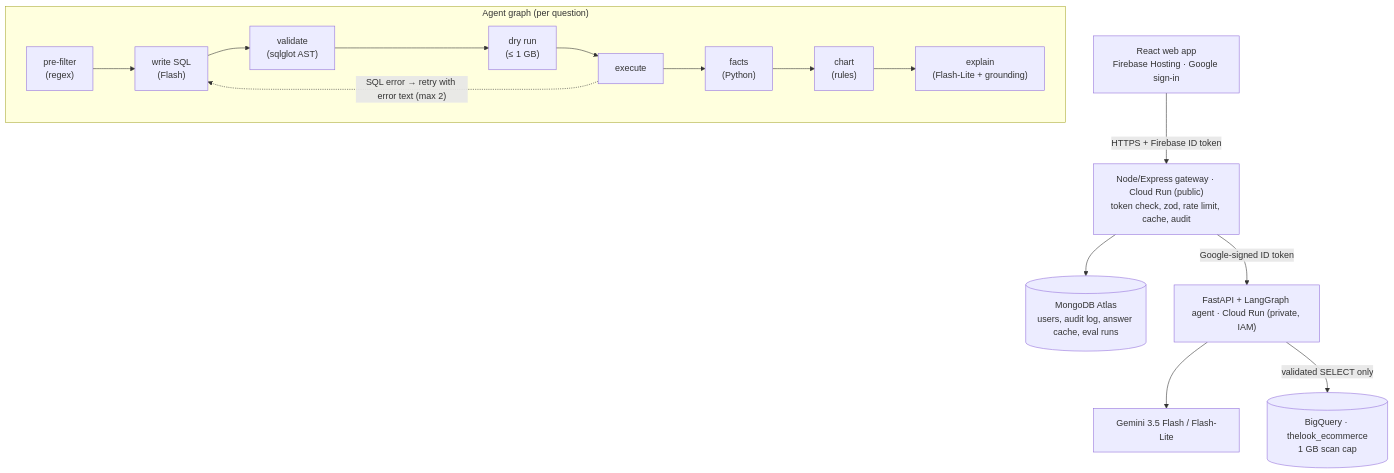
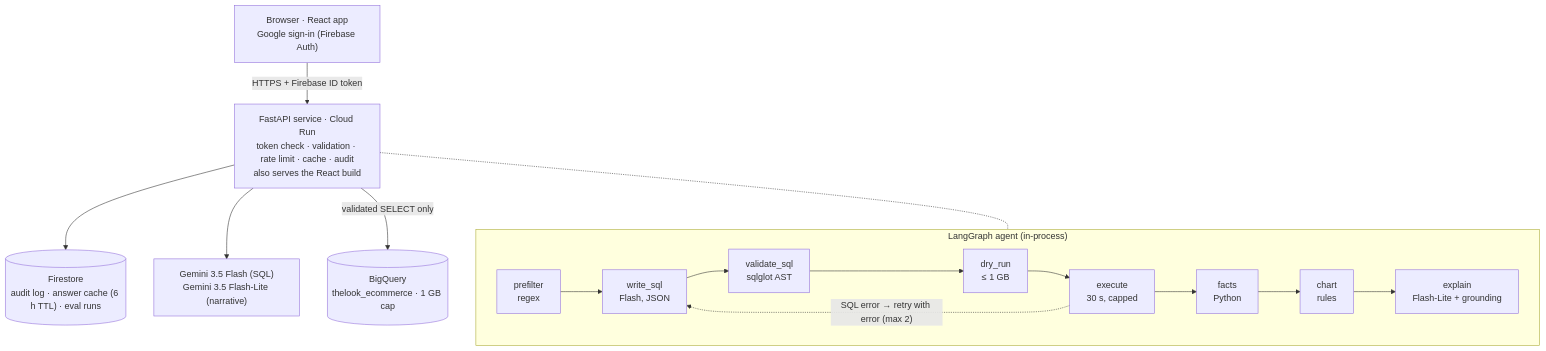
Before and after one commit to namanmahnot/Promptwar: the diagram in README.md, drawn with Mermaid. The commit also changed other lines of this file, not shown here.

Commit message:
README: per-criterion mechanisms, eval table, Cloud Run commands, disclosure

````diff
--- a/README.md
+++ b/README.md
@@ -15,19 +13,18 @@
 ```mermaid
 flowchart TB
-  web["React web app<br/>Firebase Hosting · Google sign-in"]
-  gw["Node/Express gateway · Cloud Run (public)<br/>token check, zod, rate limit, cache, audit"]
-  mongo[("MongoDB Atlas<br/>users, audit log, answer cache, eval runs")]
-  agent["FastAPI + LangGraph agent · Cloud Run (private, IAM)"]
-  gemini["Gemini 3.5 Flash / Flash-Lite"]
-  bq[("BigQuery · thelook_ecommerce<br/>1 GB scan cap")]
-  web -- "HTTPS + Firebase ID token" --> gw
-  gw --> mongo
-  gw -- "Google-signed ID token" --> agent
-  agent --> gemini
-  agent -- "validated SELECT only" --> bq
-  subgraph pipeline["Agent graph (per question)"]
+  user["Browser · React app<br/>Google sign-in (Firebase Auth)"]
+  api["FastAPI service · Cloud Run<br/>token check · validation · rate limit · cache · audit<br/>also serves the React build"]
+  fs[("Firestore<br/>audit log · answer cache (6 h TTL) · eval runs")]
+  gemini["Gemini 3.5 Flash (SQL)<br/>Gemini 3.5 Flash-Lite (narrative)"]
+  bq[("BigQuery<br/>thelook_ecommerce · 1 GB cap")]
+  user -- "HTTPS + Firebase ID token" --> api
+  api --> fs
+  api --> gemini
+  api -- "validated SELECT only" --> bq
+  subgraph agent["LangGraph agent (in-process)"]
     direction LR
-    p1["pre-filter<br/>(regex)"] --> p2["write SQL<br/>(Flash)"] --> p3["validate<br/>(sqlglot AST)"] --> p4["dry run<br/>(≤ 1 GB)"] --> p5["execute"] --> p6["facts<br/>(Python)"] --> p7["chart<br/>(rules)"] --> p8["explain<br/>(Flash-Lite + grounding)"]
-    p5 -. "SQL error → retry with error text (max 2)" .-> p2
+    a1["prefilter<br/>regex"] --> a2["write_sql<br/>Flash, JSON"] --> a3["validate_sql<br/>sqlglot AST"] --> a4["dry_run<br/>≤ 1 GB"] --> a5["execute<br/>30 s, capped"] --> a6["facts<br/>Python"] --> a7["chart<br/>rules"] --> a8["explain<br/>Flash-Lite + grounding"]
+    a5 -. "SQL error → retry with error (max 2)" .-> a2
   end
+  api -.- agent
 ```
````
